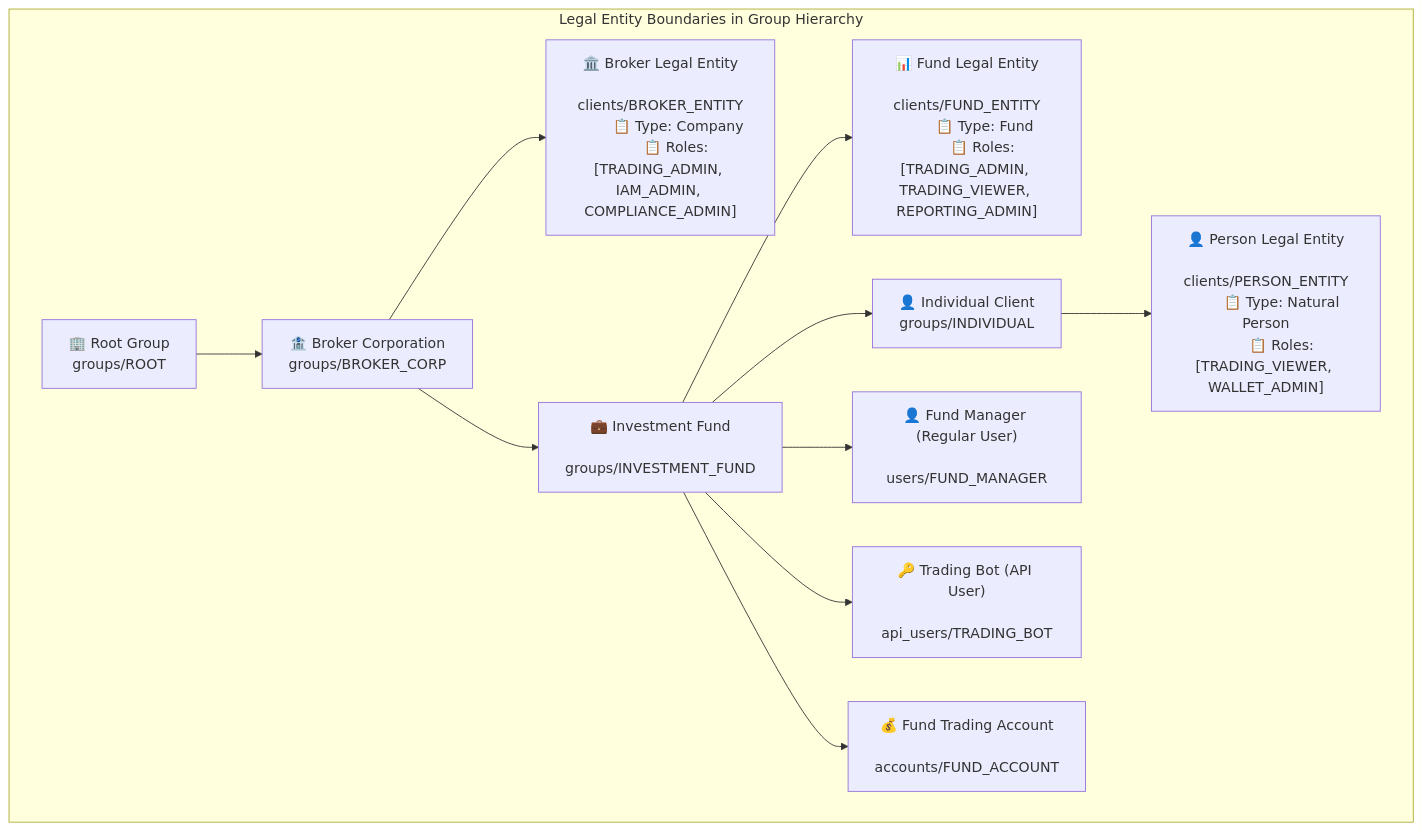
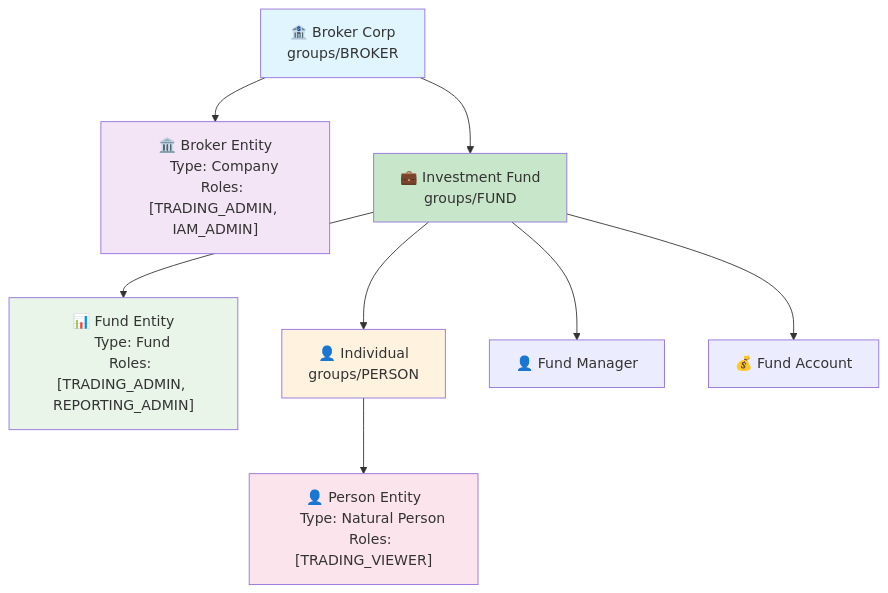
One commit to meshtrade/api changed the first of 2 diagrams in docs/docs/architecture/legal-entities.mdx. Above: the diagram before and after it, drawn with Mermaid. The commit also changed other lines of this file and 5 other files, not shown here.

````diff
--- a/docs/docs/architecture/legal-entities.mdx
+++ b/docs/docs/architecture/legal-entities.mdx
@@ -31,47 +30,38 @@
 ```mermaid
 graph TD
-    subgraph "Legal Entity Boundaries in Group Hierarchy"
-        RootGroup["🏢 Root Group
-        groups/ROOT"]
+    BrokerGroup["🏦 Broker Corp
+    groups/BROKER"]
+    BrokerClient["🏛️ Broker Entity
+    Type: Company
+    Roles: [TRADING_ADMIN, IAM_ADMIN]"]
 
-        BrokerGroup["🏦 Broker Corporation
-        groups/BROKER_CORP"]
-        BrokerClient["🏛️ Broker Legal Entity
-        clients/BROKER_ENTITY
-        📋 Type: Company
-        📋 Roles: [TRADING_ADMIN, IAM_ADMIN, COMPLIANCE_ADMIN]"]
+    FundGroup["💼 Investment Fund
+    groups/FUND"]
+    FundClient["📊 Fund Entity
+    Type: Fund
+    Roles: [TRADING_ADMIN, REPORTING_ADMIN]"]
 
-        FundGroup["💼 Investment Fund
-        groups/INVESTMENT_FUND"]
-        FundClient["📊 Fund Legal Entity
-        clients/FUND_ENTITY
-        📋 Type: Fund
-        📋 Roles: [TRADING_ADMIN, TRADING_VIEWER, REPORTING_ADMIN]"]
+    IndividualGroup["👤 Individual
+    groups/PERSON"]
+    IndividualClient["👤 Person Entity
+    Type: Natural Person
+    Roles: [TRADING_VIEWER]"]
 
-        IndividualGroup["👤 Individual Client
-        groups/INDIVIDUAL"]
-        IndividualClient["👤 Person Legal Entity
-        clients/PERSON_ENTITY
-        📋 Type: Natural Person
-        📋 Roles: [TRADING_VIEWER, WALLET_ADMIN]"]
+    UserA["👤 Fund Manager"]
+    AccountA["💰 Fund Account"]
 
-        UserA["👤 Fund Manager (Regular User)
-        users/FUND_MANAGER"]
-        UserB["🔑 Trading Bot (API User)
-        api_users/TRADING_BOT"]
+    BrokerGroup --> BrokerClient
+    BrokerGroup --> FundGroup
+    FundGroup --> FundClient
+    FundGroup --> IndividualGroup
+    IndividualGroup --> IndividualClient
+    FundGroup --> UserA
+    FundGroup --> AccountA
 
-        AccountA["💰 Fund Trading Account
-        accounts/FUND_ACCOUNT"]
-
-        RootGroup --> BrokerGroup
-        BrokerGroup --> BrokerClient
-        BrokerGroup --> FundGroup
-        FundGroup --> FundClient
-        FundGroup --> IndividualGroup
-        IndividualGroup --> IndividualClient
-
-        FundGroup --> UserA
-        FundGroup --> UserB
-        FundGroup --> AccountA
-    end
+    style BrokerGroup fill:#e1f5fe
+    style FundGroup fill:#c8e6c9
+    style IndividualGroup fill:#fff3e0
+    style BrokerClient fill:#f3e5f5
+    style FundClient fill:#e8f5e8
+    style IndividualClient fill:#fce4ec
 ```
````
